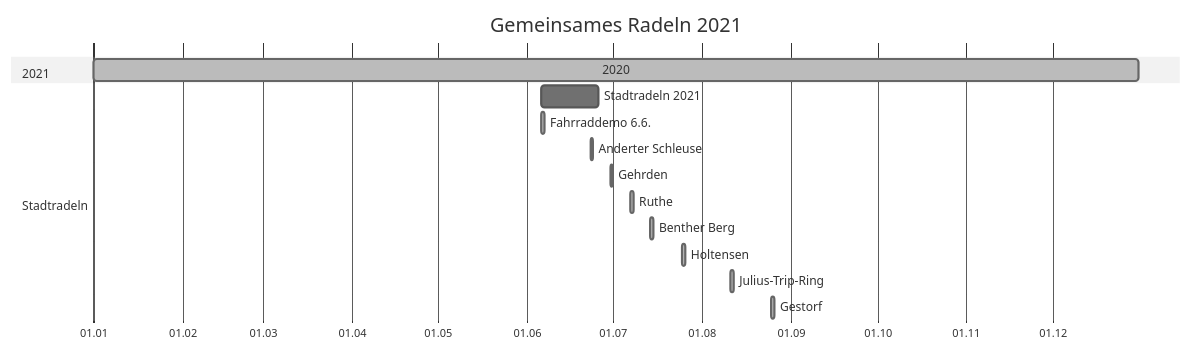
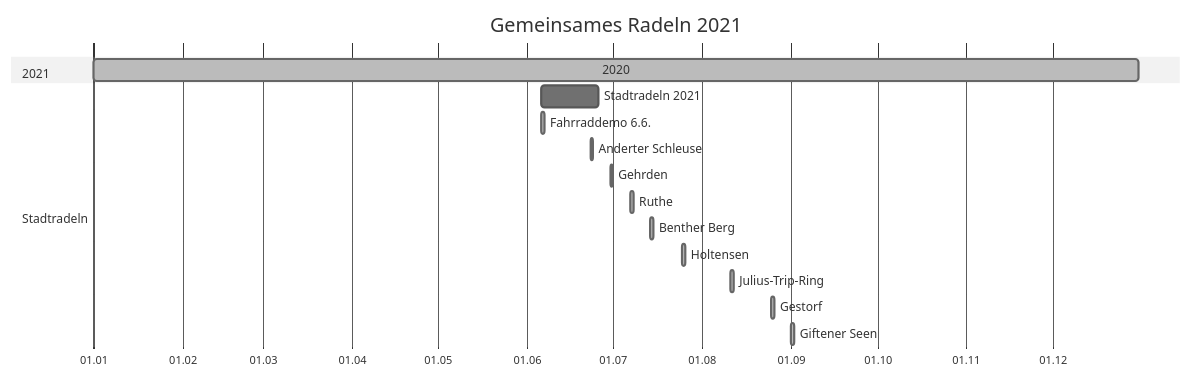
The first of 2 diagrams in index.md (adfc-hemmingen-pattensen/adfc-hemmingen-pattensen.github.io), drawn with Mermaid (neutral theme) before and after one commit. The commit also changed other lines of this file and 1 other file, not shown here.

````diff
--- a/index.md
+++ b/index.md
@@ -225,20 +225,21 @@
 ``` mermaid
 gantt
 dateFormat  YYYY-MM-DD
 title Gemeinsames Radeln 2021
 axisFormat  %d.%m
 
 section 2021
 2020: done, 2021-01-01, 2021-12-31
 section Stadtradeln
 Stadtradeln 2021:  2021-06-06, 2021-06-26
 Fahrraddemo 6.6.:  done, 2021-06-06, 1d
 Anderter Schleuse: done, 2021-06-23, 1d
 Gehrden:           done, 2021-06-30, 1d
 Ruthe:             done, 2021-07-07, 1d
 Benther Berg:      done, 2021-07-14, 1d
 Holtensen:         done, 2021-07-25, 1d
 Julius-Trip-Ring:  done, 2021-08-11, 1d
 Gestorf:           done, 2021-08-25, 1d
+Giftener Seen:     done, 2021-09-01, 1d
 
 ```
````
